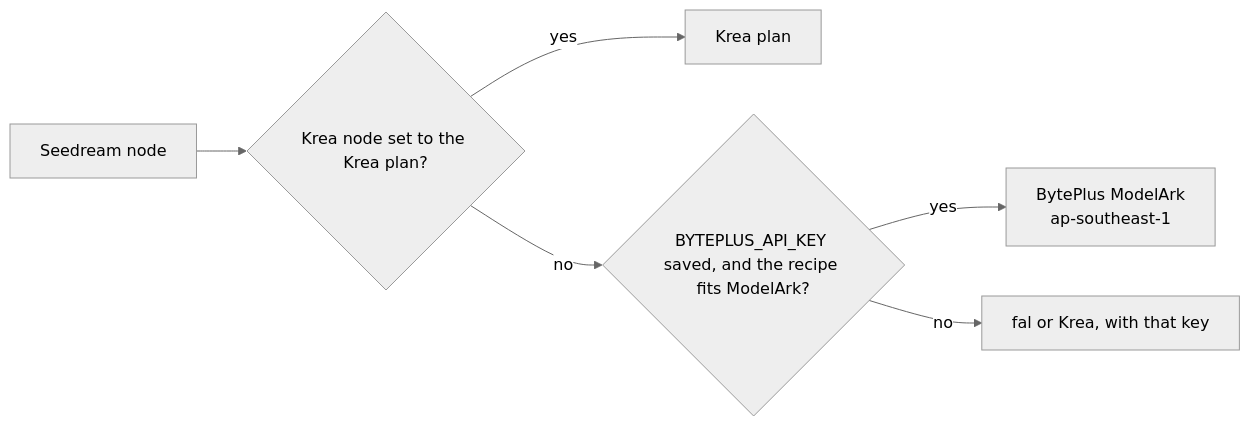
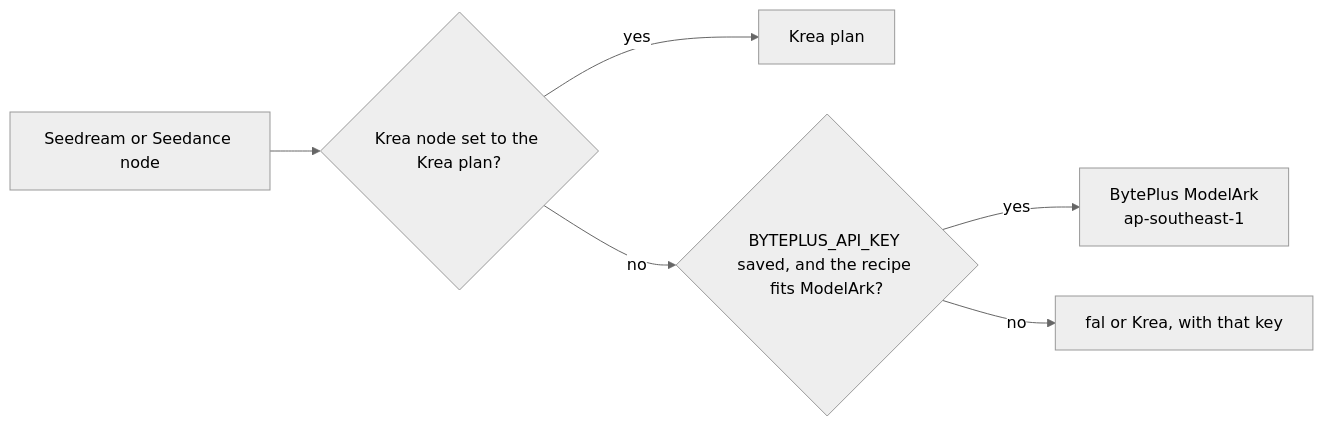
Before and after one commit to JustinPerea/nebula-nodes: the diagram in docs/api-guides/byteplus.md, drawn with Mermaid (neutral theme). The commit also changed other lines of this file and 7 other files, not shown here.

````diff
--- a/docs/api-guides/byteplus.md
+++ b/docs/api-guides/byteplus.md
@@ -5,8 +5,8 @@
 ```mermaid
 flowchart LR
-  N[Seedream node] --> P{Krea node set to the Krea plan?}
+  N[Seedream or Seedance node] --> P{Krea node set to the Krea plan?}
   P -- yes --> K[Krea plan]
   P -- no --> B{BYTEPLUS_API_KEY saved, and the recipe fits ModelArk?}
   B -- yes --> M[BytePlus ModelArk<br/>ap-southeast-1]
   B -- no --> C[fal or Krea, with that key]
 ```
````
